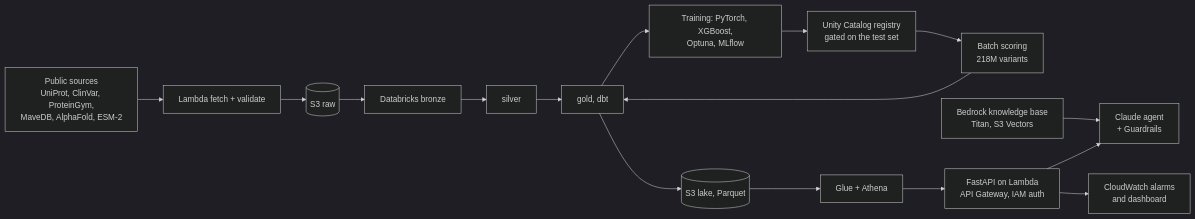
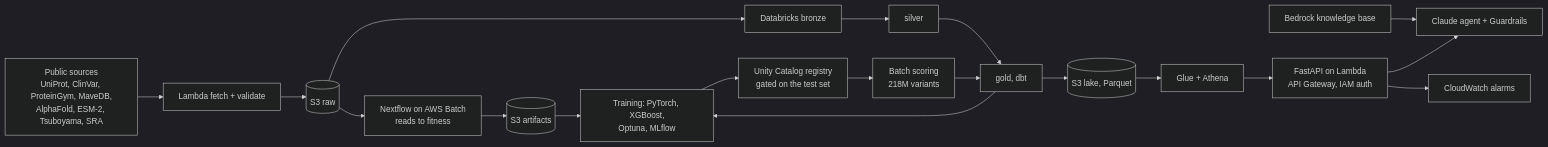
The diagram in README.md (pipi0616/qafi-ml-platform), drawn with Mermaid (dark theme) before and after one commit. The commit also changed other lines of this file and 2 other files, not shown here.

````diff
--- a/README.md
+++ b/README.md
@@ -29,15 +50,17 @@
 ```mermaid
 flowchart LR
-  SRC[Public sources<br/>UniProt, ClinVar, ProteinGym,<br/>MaveDB, AlphaFold, ESM-2] --> FETCH[Lambda fetch + validate]
+  SRC[Public sources<br/>UniProt, ClinVar, ProteinGym, MaveDB,<br/>AlphaFold, ESM-2, Tsuboyama, SRA] --> FETCH[Lambda fetch + validate]
   FETCH --> RAW[(S3 raw)]
+  RAW --> NF[Nextflow on AWS Batch<br/>reads to fitness]
   RAW --> BRONZE[Databricks bronze] --> SILVER[silver] --> GOLD[gold, dbt]
+  NF --> ART[(S3 artifacts)]
   GOLD --> TRAIN[Training: PyTorch, XGBoost,<br/>Optuna, MLflow]
+  ART --> TRAIN
   TRAIN --> REG[Unity Catalog registry<br/>gated on the test set]
-  REG --> SCORE[Batch scoring<br/>218M variants]
-  SCORE --> GOLD
+  REG --> SCORE[Batch scoring<br/>218M variants] --> GOLD
   GOLD --> LAKE[(S3 lake, Parquet)] --> ATHENA[Glue + Athena]
   ATHENA --> API[FastAPI on Lambda<br/>API Gateway, IAM auth]
-  KB[Bedrock knowledge base<br/>Titan, S3 Vectors] --> AGENT[Claude agent<br/>+ Guardrails]
+  KB[Bedrock knowledge base] --> AGENT[Claude agent + Guardrails]
   API --> AGENT
-  API --> CW[CloudWatch alarms<br/>and dashboard]
+  API --> CW[CloudWatch alarms]
 ```
````
